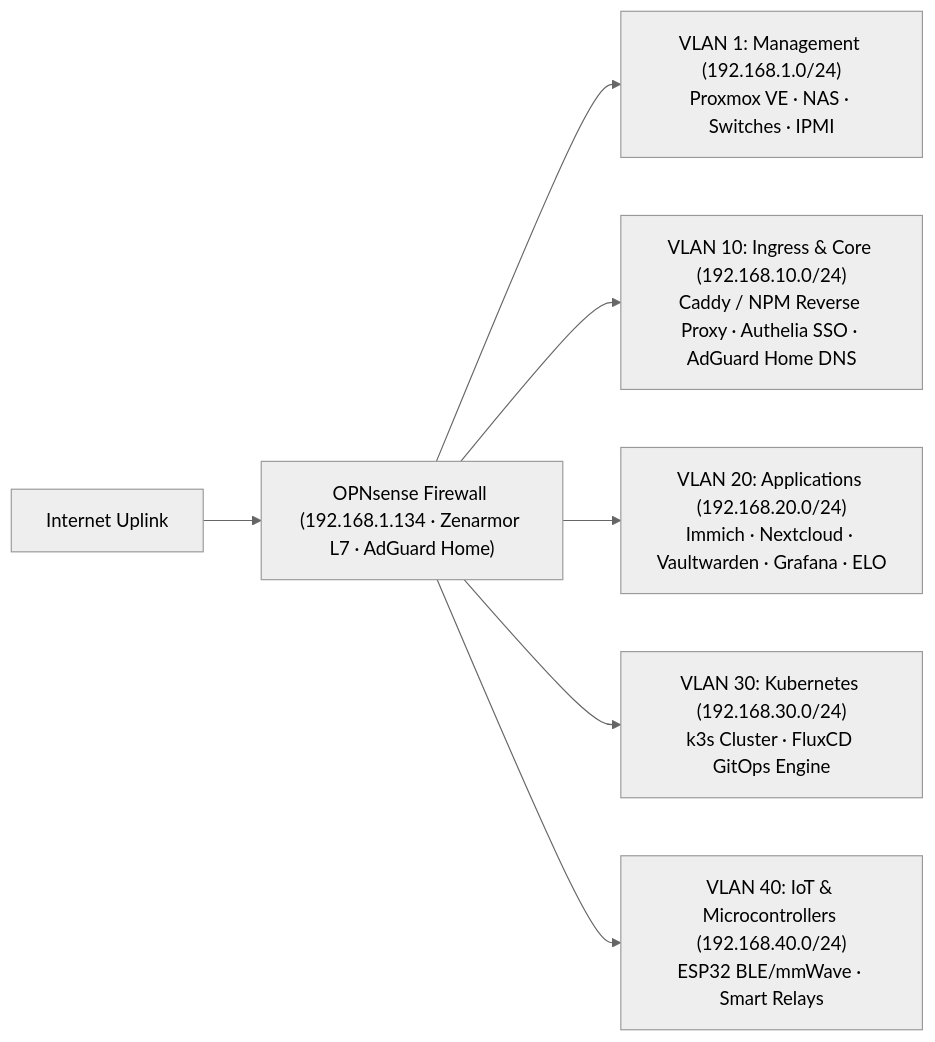
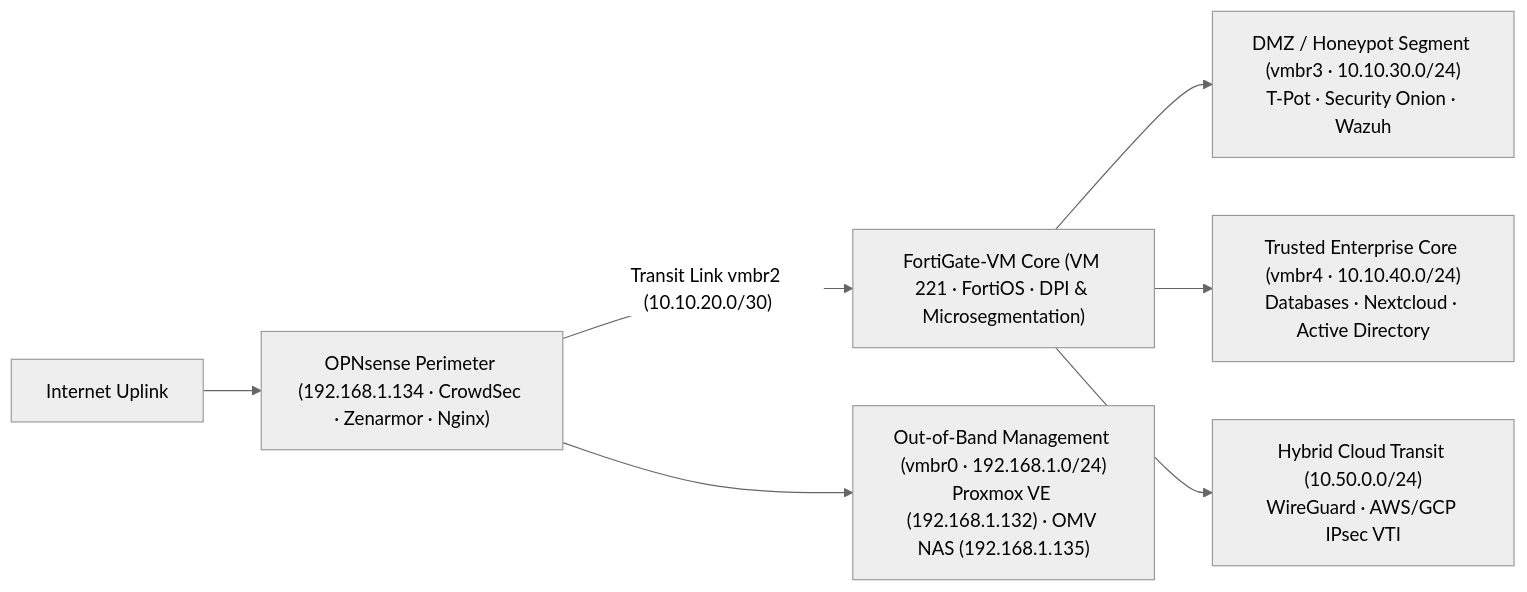
Before and after one commit to stefanutc1/datacenter: the second of 4 diagrams in ARCHITECTURE.md, drawn with Mermaid (neutral theme). The commit also changed other lines of this file and 17 other files, not shown here.

Commit message:
feat(network): implement dual-firewall (OPNsense + FortiGate), enterprise Proxmox firewall, SDN & cloud hybrid tunnels

````diff
--- a/ARCHITECTURE.md
+++ b/ARCHITECTURE.md
@@ -67,10 +64,10 @@
 ```mermaid
 graph LR
-    WAN["Internet Uplink"] --> OPNsense["OPNsense Firewall (192.168.1.134 · Zenarmor L7 · AdGuard Home)"]
-
-    OPNsense --> VLAN1["VLAN 1: Management (192.168.1.0/24)<br/>Proxmox VE · NAS · Switches · IPMI"]
-    OPNsense --> VLAN10["VLAN 10: Ingress & Core (192.168.10.0/24)<br/>Caddy / NPM Reverse Proxy · Authelia SSO · AdGuard Home DNS"]
-    OPNsense --> VLAN20["VLAN 20: Applications (192.168.20.0/24)<br/>Immich · Nextcloud · Vaultwarden · Grafana · ELO"]
-    OPNsense --> VLAN30["VLAN 30: Kubernetes (192.168.30.0/24)<br/>k3s Cluster · FluxCD GitOps Engine"]
-    OPNsense --> VLAN40["VLAN 40: IoT & Microcontrollers (192.168.40.0/24)<br/>ESP32 BLE/mmWave · Smart Relays"]
+    WAN["Internet Uplink"] --> OPNsense["OPNsense Perimeter (192.168.1.134 · CrowdSec · Zenarmor · Nginx)"]
+    OPNsense -->|"Transit Link vmbr2 (10.10.20.0/30)"| FortiGate["FortiGate-VM Core (VM 221 · FortiOS · DPI & Microsegmentation)"]
+    
+    FortiGate --> DMZ["DMZ / Honeypot Segment (vmbr3 · 10.10.30.0/24)<br/>T-Pot · Security Onion · Wazuh"]
+    FortiGate --> TRUSTED["Trusted Enterprise Core (vmbr4 · 10.10.40.0/24)<br/>Databases · Nextcloud · Active Directory"]
+    FortiGate --> CLOUD_NET["Hybrid Cloud Transit (10.50.0.0/24)<br/>WireGuard · AWS/GCP IPsec VTI"]
+    OPNsense --> MGMT["Out-of-Band Management (vmbr0 · 192.168.1.0/24)<br/>Proxmox VE (192.168.1.132) · OMV NAS (192.168.1.135)"]
 ```
````
